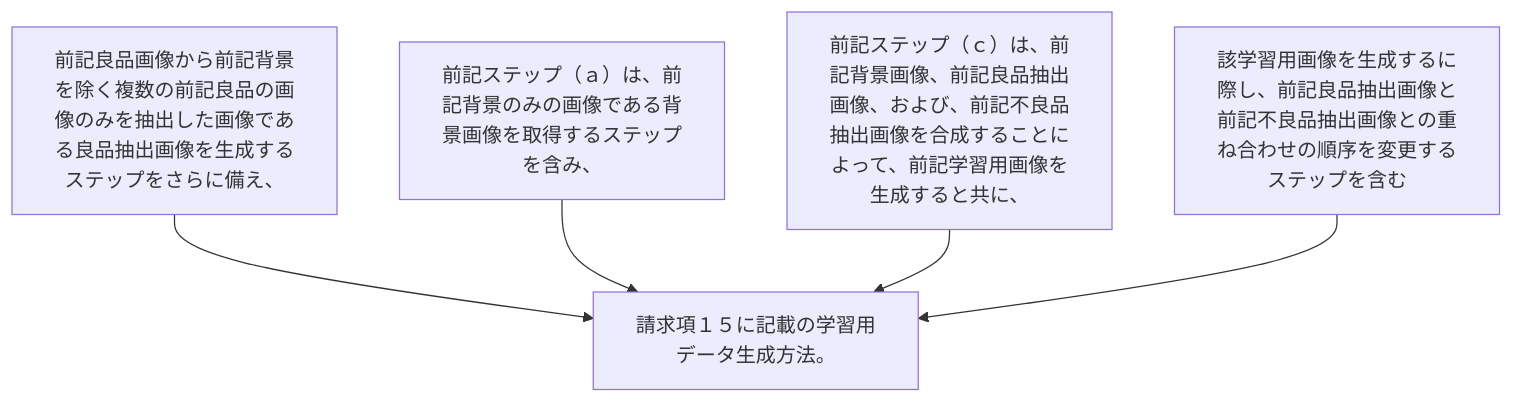
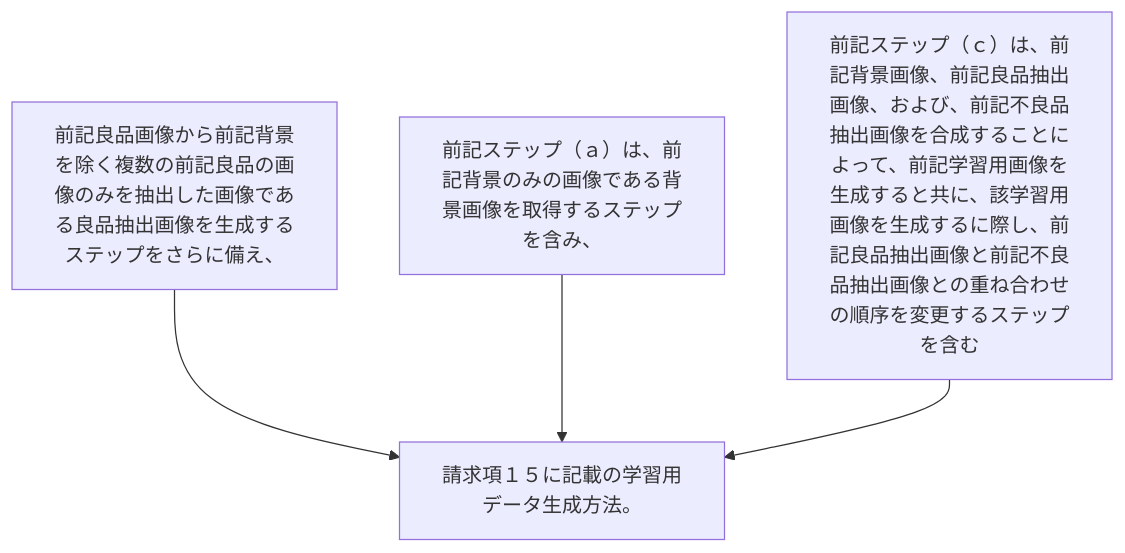
The diagram in 2024/JP2024000284A/claim_16/README.md (shinmori55/patent_analyzed), drawn with Mermaid before and after one commit. The commit also changed 19 other files, not shown here.

````diff
--- a/2024/JP2024000284A/claim_16/README.md
+++ b/2024/JP2024000284A/claim_16/README.md
@@ -5,12 +5,10 @@
 ```mermaid
 flowchart TD
 A[前記良品画像から前記背景を除く複数の前記良品の画像のみを抽出した画像である良品抽出画像を生成するステップをさらに備え、]
 B[前記ステップ（ａ）は、前記背景のみの画像である背景画像を取得するステップを含み、]
-C[前記ステップ（ｃ）は、前記背景画像、前記良品抽出画像、および、前記不良品抽出画像を合成することによって、前記学習用画像を生成すると共に、]
-D[該学習用画像を生成するに際し、前記良品抽出画像と前記不良品抽出画像との重ね合わせの順序を変更するステップを含む]
-E[請求項１５に記載の学習用データ生成方法。]
-A --> E
-B --> E
-C --> E
-D --> E
+C[前記ステップ（ｃ）は、前記背景画像、前記良品抽出画像、および、前記不良品抽出画像を合成することによって、前記学習用画像を生成すると共に、該学習用画像を生成するに際し、前記良品抽出画像と前記不良品抽出画像との重ね合わせの順序を変更するステップを含む]
+D[請求項１５に記載の学習用データ生成方法。]
+A --> D
+B --> D
+C --> D
 ```
````
